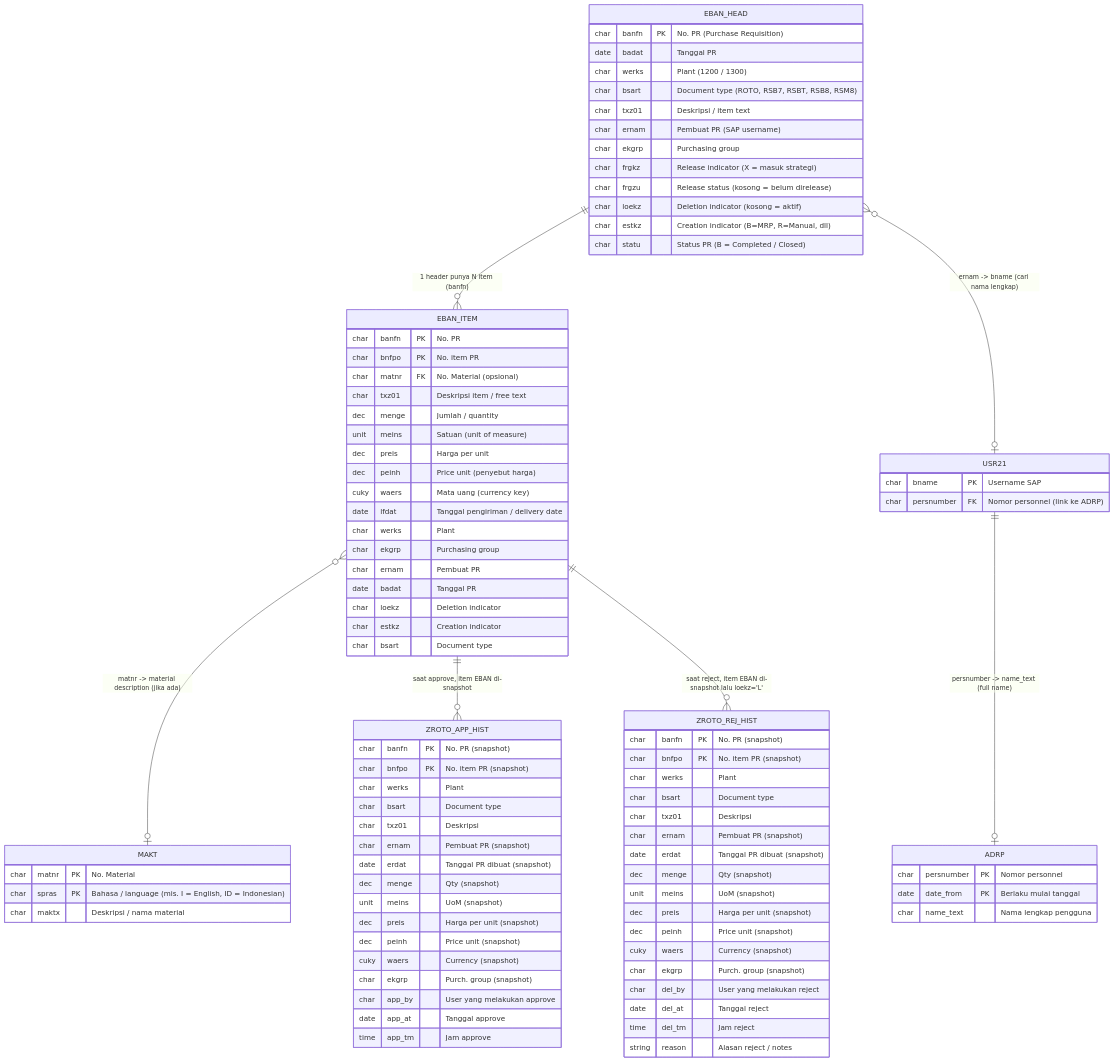
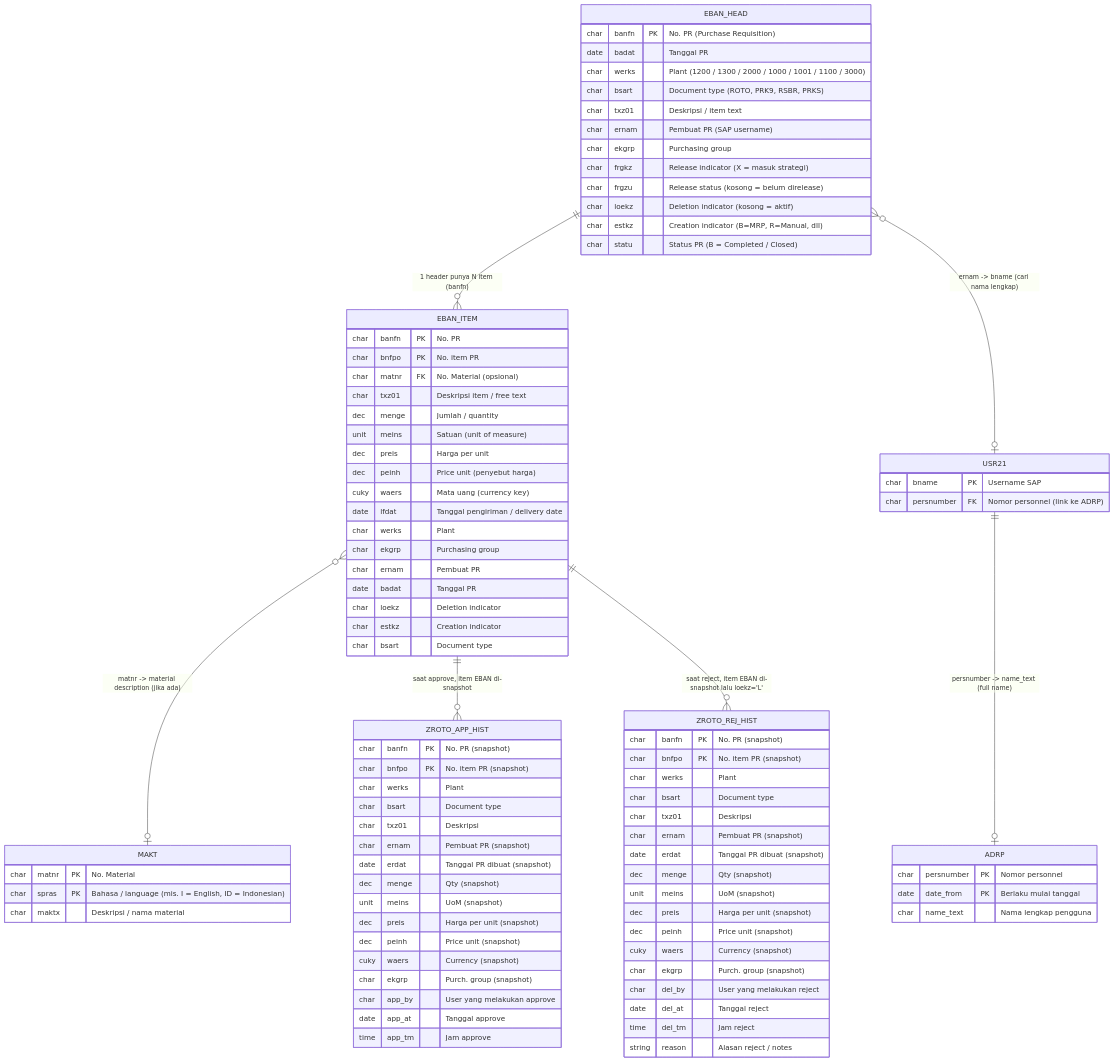
Before and after one commit to bagusbatra/breakdown-roto-sap: the diagram in ZBSP_PRCH_APP/erd.md, drawn with Mermaid. The commit also changed other lines of this file and 14 other files, not shown here.

```diff
--- a/ZBSP_PRCH_APP/erd.md
+++ b/ZBSP_PRCH_APP/erd.md
@@ -16,8 +16,8 @@
     EBAN_HEAD {
         char banfn        PK  "No. PR (Purchase Requisition)"
         date badat            "Tanggal PR"
-        char werks            "Plant (1200 / 1300)"
-        char bsart            "Document type (ROTO, RSB7, RSBT, RSB8, RSM8)"
+        char werks            "Plant (1200 / 1300 / 2000 / 1000 / 1001 / 1100 / 3000)"
+        char bsart            "Document type (ROTO, PRK9, RSBR, PRKS)"
         char txz01            "Deskripsi / item text"
         char ernam            "Pembuat PR (SAP username)"
         char ekgrp            "Purchasing group"
```
